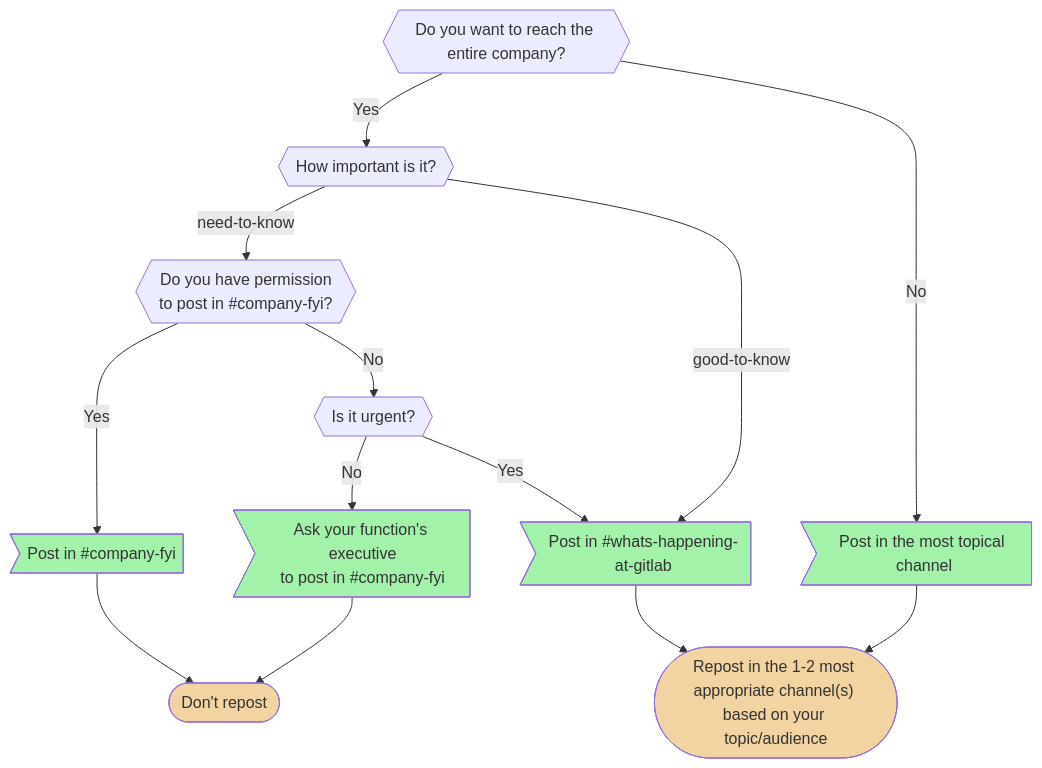
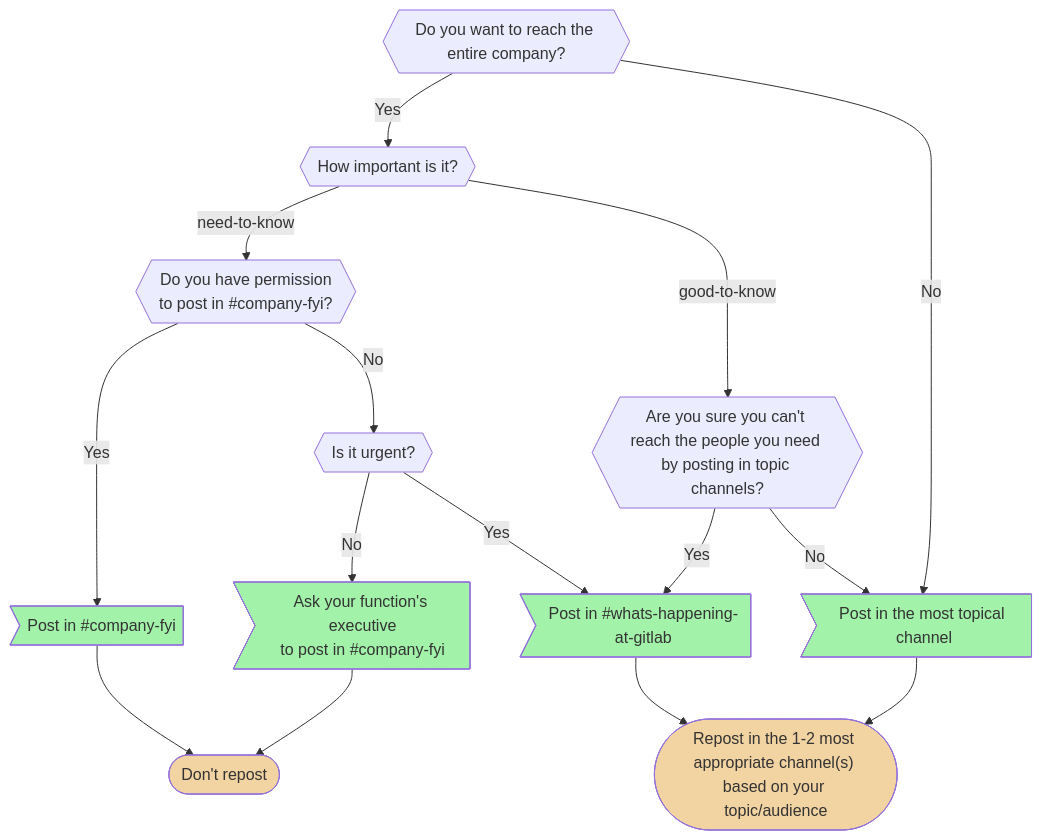
The diagram in communication/index.html.md (secretstartups/handbook), drawn with Mermaid before and after one commit.

Commit message:
Apply 1 suggestion(s) to 1 file(s)

````diff
--- a/communication/index.html.md
+++ b/communication/index.html.md
@@ -196,41 +196,45 @@
 ```mermaid
 graph TB
   everybody{{"Do you want to reach the entire company?"}}
   important{{"How important is it?"}}
   permission{{"Do you have permission<br>to post in #company-fyi?"}}
   urgent{{"Is it urgent?"}}
+  reconsider{{"Are you sure you can't reach the people you need by posting in topic channels?"}}
 
   channel-important>"Post in #company-fyi"]
   channel-important-ask>"Ask your function's executive<br>to post in #company-fyi"]
   channel-general>"Post in #whats-happening-at-gitlab"]
   channel-topic>"Post in the most topical channel"]
 
   repost(["Repost in the 1-2 most appropriate channel(s) based on your topic/audience"])
   no-repost(["Don't repost"])
 
   classDef question fill: #ECECFF
-  class everybody,important,permission,urgent question;
+  class everybody,important,permission,urgent,reconsider question;
 
   classDef action fill: #a2f2a9
   class channel-important,channel-important-ask,channel-general,channel-topic,repost,no-repost action;
 
   classDef repost fill: #f2d3a2
   class repost,no-repost repost;
 
   everybody -- Yes --> important
   everybody -- No  --> channel-topic
 
   important -- need-to-know --> permission
-  important -- good-to-know --> channel-general
+  important -- good-to-know --> reconsider
 
   permission -- Yes --> channel-important
   permission -- No  --> urgent
+
+  reconsider -- Yes --> channel-general
+  reconsider -- No --> channel-topic
 
   urgent -- No  --> channel-important-ask
   urgent -- Yes --> channel-general
 
   channel-topic --> repost
   channel-general --> repost
   channel-important --> no-repost
   channel-important-ask --> no-repost
 ```
````
